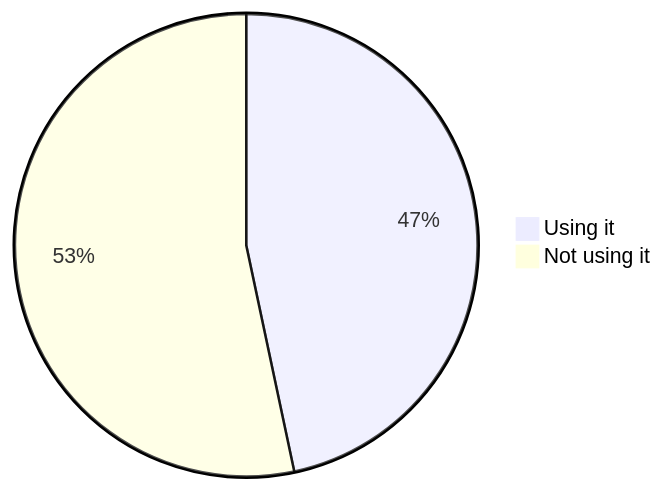
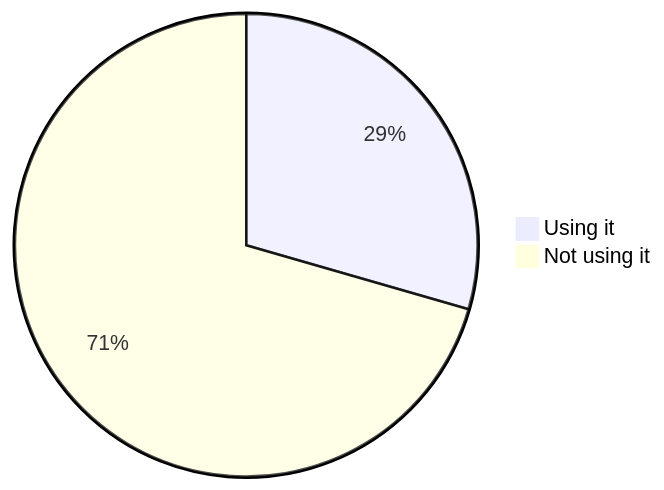
Before and after one commit to oshp/oshp-stats: the second of 18 diagrams in stats.md, drawn with Mermaid. The commit also changed other lines of this file and 1 other file, not shown here.

````diff
--- a/stats.md
+++ b/stats.md
@@ -20,6 +20,6 @@
 ```mermaid
 pie
-	"Using it" : 46.67
-	"Not using it" : 53.33
+	"Using it" : 29.46
+	"Not using it" : 70.54
 
 ```
````
